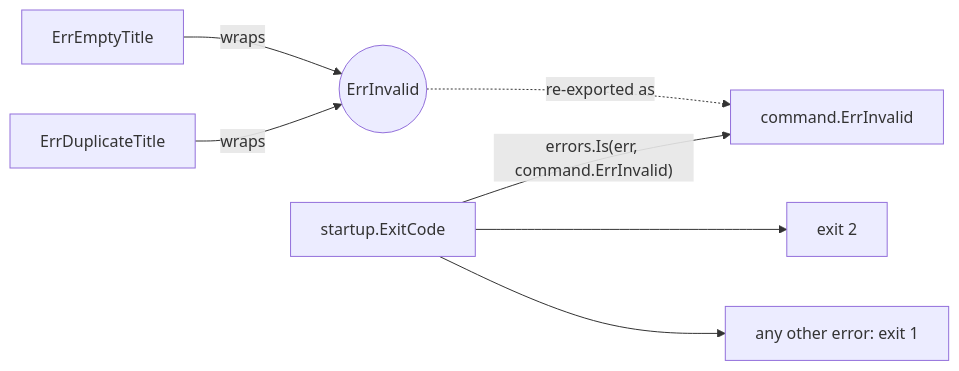
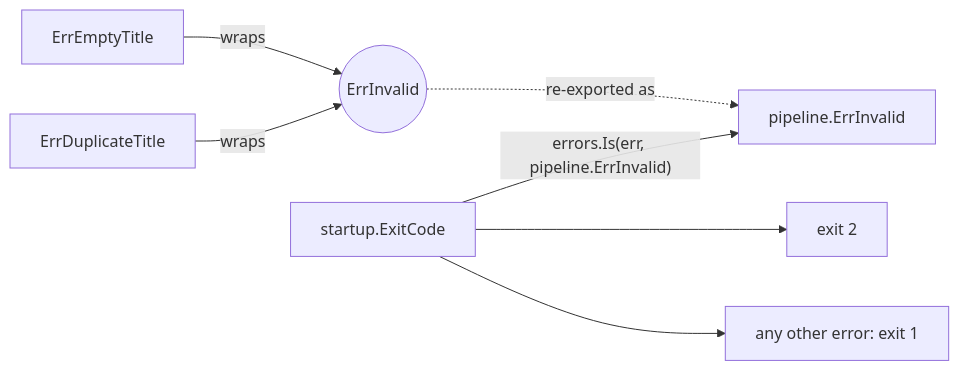
The diagram in library/architecture/go/base-plateau-in-go.skill/glossary/error-kind.md (InsonusK/ai-skills), drawn with Mermaid before and after one commit. The commit also changed other lines of this file and 22 other files, not shown here.

First line of the commit message:
refactor(architecture): handler contract moves to internal/command/pipeline

````diff
--- a/library/architecture/go/base-plateau-in-go.skill/glossary/error-kind.md
+++ b/library/architecture/go/base-plateau-in-go.skill/glossary/error-kind.md
@@ -18,9 +18,9 @@
 ```mermaid
 flowchart LR
     R1["ErrEmptyTitle"] -->|wraps| K(("ErrInvalid"))
     R2["ErrDuplicateTitle"] -->|wraps| K
-    K -. re-exported as .-> A["command.ErrInvalid"]
-    S["startup.ExitCode"] -->|"errors.Is(err, command.ErrInvalid)"| A
+    K -. re-exported as .-> A["pipeline.ErrInvalid"]
+    S["startup.ExitCode"] -->|"errors.Is(err, pipeline.ErrInvalid)"| A
     S --> X2["exit 2"]
     S --> X1["any other error: exit 1"]
 ```
````
